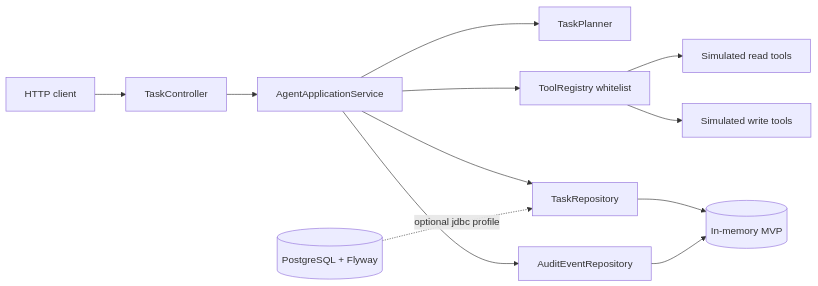
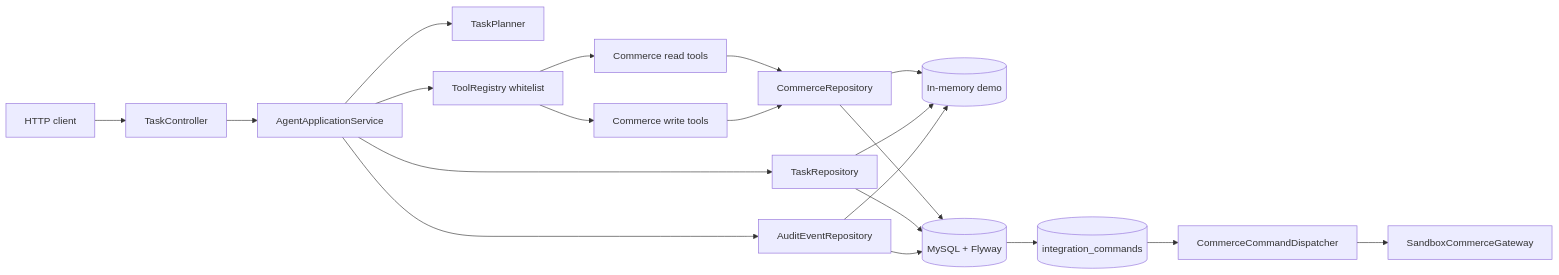
Before and after one commit to Zdanquxunhuan/agent-workflow-1: the first of 2 diagrams in agent-workflow-1/docs/architecture.md, drawn with Mermaid. The commit also changed other lines of this file and 20 other files, not shown here.

````diff
--- a/agent-workflow-1/docs/architecture.md
+++ b/agent-workflow-1/docs/architecture.md
@@ -3,14 +3,22 @@
 ```mermaid
 flowchart LR
     Client[HTTP client] --> API[TaskController]
     API --> App[AgentApplicationService]
     App --> Planner[TaskPlanner]
     App --> Registry[ToolRegistry whitelist]
-    Registry --> Read[Simulated read tools]
-    Registry --> Write[Simulated write tools]
+    Registry --> Read[Commerce read tools]
+    Registry --> Write[Commerce write tools]
+    Read --> Commerce[CommerceRepository]
+    Write --> Commerce
     App --> Tasks[TaskRepository]
     App --> Events[AuditEventRepository]
-    Tasks --> Memory[(In-memory MVP)]
+    Commerce --> Memory[(In-memory demo)]
+    Tasks --> Memory
     Events --> Memory
-    DB[(PostgreSQL + Flyway)] -. optional jdbc profile .-> Tasks
+    Commerce --> DB[(MySQL + Flyway)]
+    Tasks --> DB
+    Events --> DB
+    DB --> Outbox[(integration_commands)]
+    Outbox --> Dispatcher[CommerceCommandDispatcher]
+    Dispatcher --> Gateway[SandboxCommerceGateway]
 ```
````
